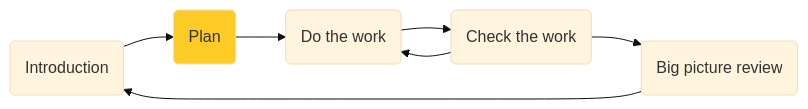
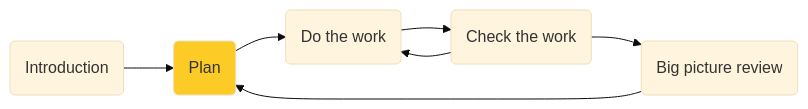
Before and after one commit to Inflectra/spira-documentation: the diagram in docs/SpiraPlan-Quick-Start-Guide/plan.md, drawn with Mermaid (base theme). The commit also changed 4 other files, not shown here.

Commit message:
diagram fix

````diff
--- a/docs/SpiraPlan-Quick-Start-Guide/plan.md
+++ b/docs/SpiraPlan-Quick-Start-Guide/plan.md
@@ -3,10 +3,10 @@
 ``` mermaid
   flowchart LR
   id1(Introduction) --> id2
   id2(Plan) --> id3
   id3(Do the work) --> id4
   id4(Check the work) --> id5 & id3
-  id5(Big picture review) --> id1
+  id5(Big picture review) --> id2
 
   style id2 fill:#fdcb26
 ```
````
